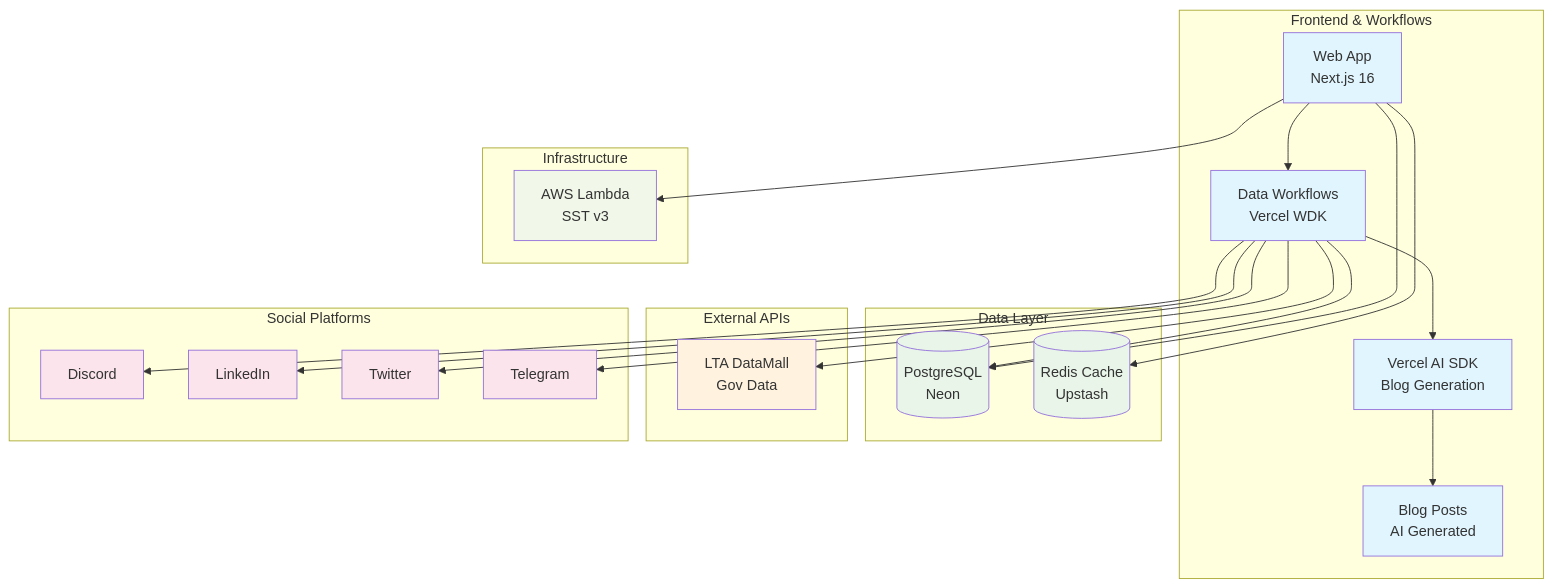
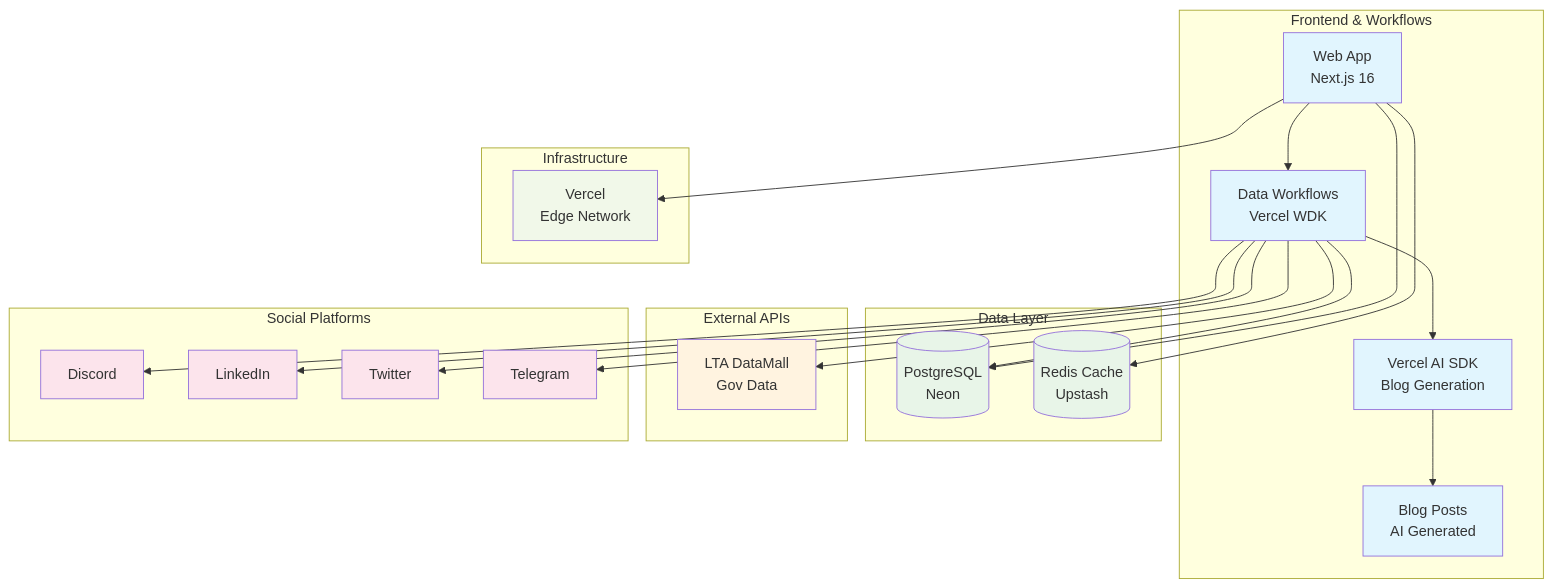
Before and after one commit to sgcarstrends/sgcarstrends: the diagram in README.md, drawn with Mermaid. The commit also changed other lines of this file and 21 other files, not shown here.

````diff
--- a/README.md
+++ b/README.md
@@ -17,58 +17,58 @@
 ```mermaid
 graph TB
     subgraph "Frontend & Workflows"
         WEB[Web App<br/>Next.js 16]
         BLOG[Blog Posts<br/>AI Generated]
         WORKFLOWS[Data Workflows<br/>Vercel WDK]
         LLM[Vercel AI SDK<br/>Blog Generation]
     end
 
     subgraph "Data Layer"
         DB[(PostgreSQL<br/>Neon)]
         REDIS[(Redis Cache<br/>Upstash)]
     end
 
     subgraph "External APIs"
         LTA[LTA DataMall<br/>Gov Data]
     end
 
     subgraph "Social Platforms"
         DISCORD[Discord]
         LINKEDIN[LinkedIn]
         TWITTER[Twitter]
         TELEGRAM[Telegram]
     end
 
     subgraph "Infrastructure"
-        AWS[AWS Lambda<br/>SST v3]
+        VERCEL[Vercel<br/>Edge Network]
     end
 
     WEB --> WORKFLOWS
     WEB --> DB
     WEB --> REDIS
 
     WORKFLOWS --> LTA
     WORKFLOWS --> DB
     WORKFLOWS --> LLM
     LLM --> BLOG
 
     WORKFLOWS --> DISCORD
     WORKFLOWS --> LINKEDIN
     WORKFLOWS --> TWITTER
     WORKFLOWS --> TELEGRAM
 
-    WEB --> AWS
+    WEB --> VERCEL
 
     classDef frontend fill:#e1f5fe
     classDef backend fill:#f3e5f5
     classDef data fill:#e8f5e8
     classDef external fill:#fff3e0
     classDef social fill:#fce4ec
     classDef infra fill:#f1f8e9
 
     class WEB,BLOG,WORKFLOWS,LLM frontend
     class DB,REDIS data
     class LTA external
     class DISCORD,LINKEDIN,TWITTER,TELEGRAM social
-    class AWS infra
+    class VERCEL infra
 ```
````
